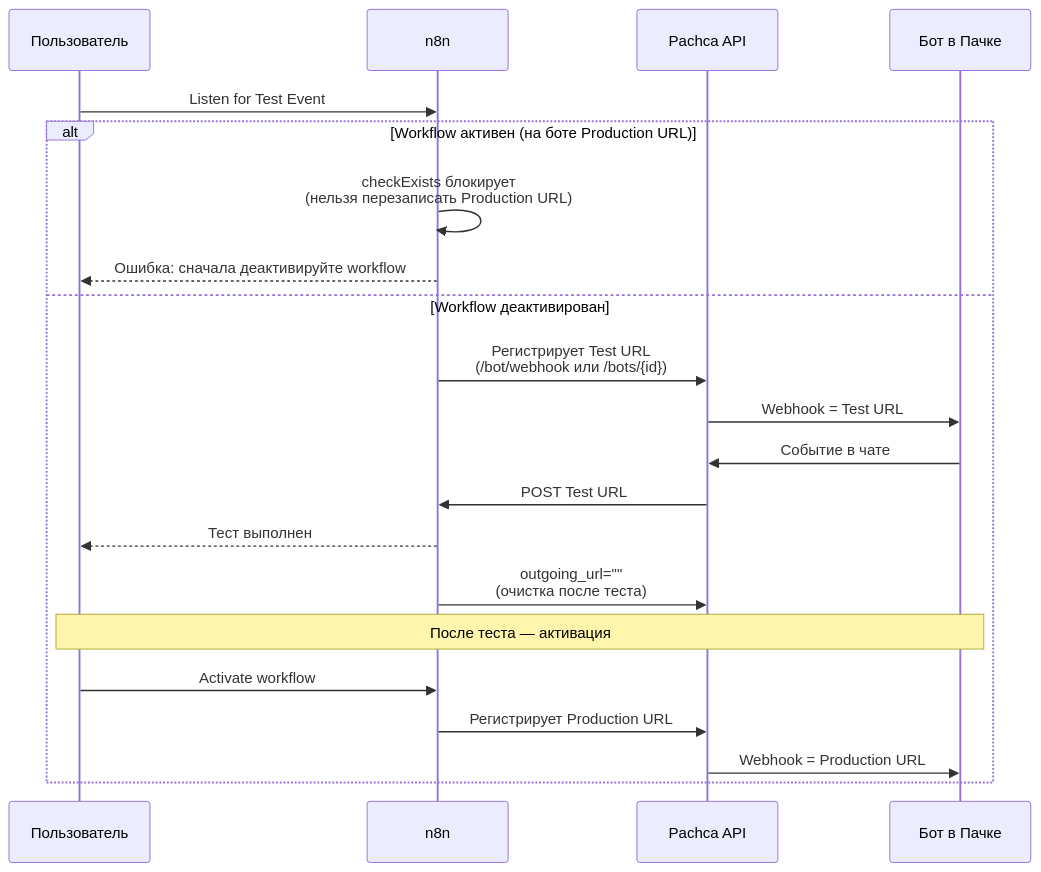
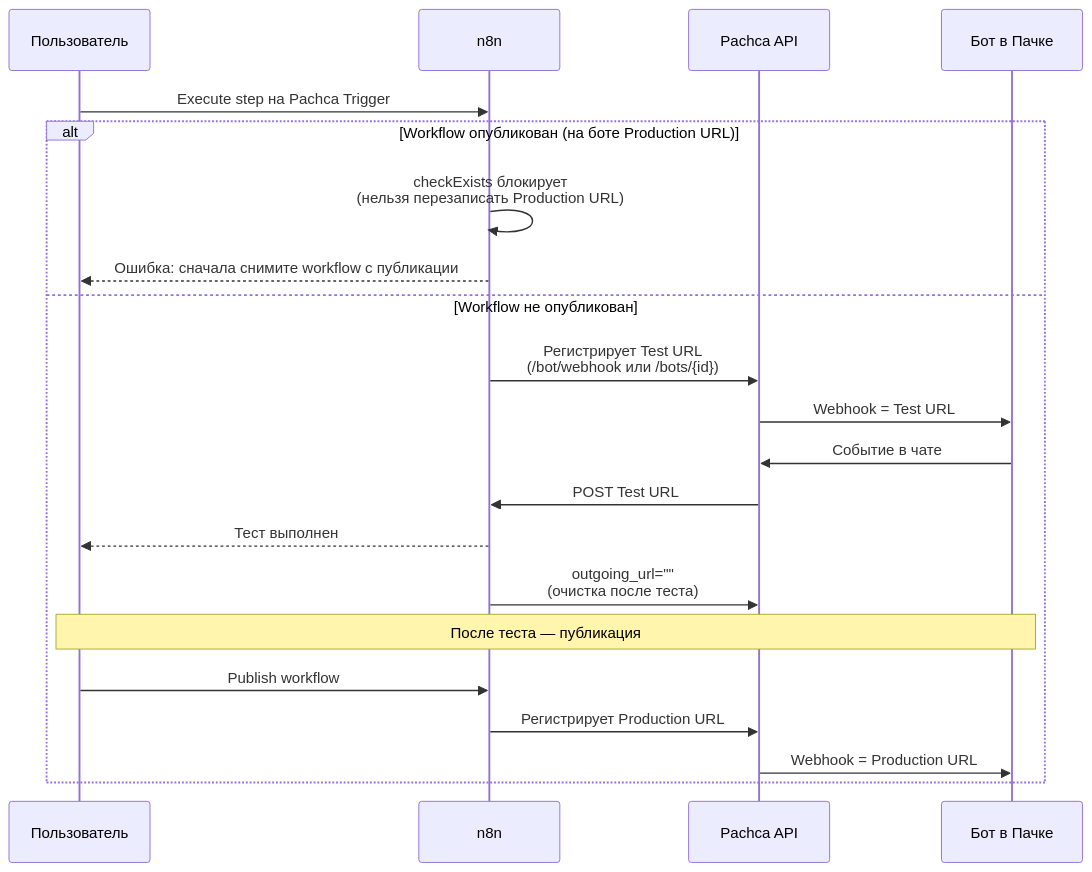
The diagram in apps/docs/public/guides/n8n/testing.md (pachca/openapi), drawn with Mermaid before and after one commit. The commit also changed other lines of this file and 573 other files, not shown here.

````diff
--- a/apps/docs/public/guides/n8n/testing.md
+++ b/apps/docs/public/guides/n8n/testing.md
@@ -167,26 +167,26 @@
 ```mermaid
 sequenceDiagram
     participant User as Пользователь
     participant n8n
     participant Pachca as Pachca API
     participant Bot as Бот в Пачке
 
-    User->>n8n: Listen for Test Event
+    User->>n8n: Execute step на Pachca Trigger
 
-    alt Workflow активен (на боте Production URL)
+    alt Workflow опубликован (на боте Production URL)
         n8n->>n8n: checkExists блокирует<br/>(нельзя перезаписать Production URL)
-        n8n-->>User: Ошибка: сначала деактивируйте workflow
-    else Workflow деактивирован
+        n8n-->>User: Ошибка: сначала снимите workflow с публикации
+    else Workflow не опубликован
         n8n->>Pachca: Регистрирует Test URL<br/>(/bot/webhook или /bots/{id})
         Pachca->>Bot: Webhook = Test URL
         Bot->>Pachca: Событие в чате
         Pachca->>n8n: POST Test URL
         n8n-->>User: Тест выполнен
         n8n->>Pachca: outgoing_url=""<br/>(очистка после теста)
 
-        Note over User,Bot: После теста — активация
-        User->>n8n: Activate workflow
+        Note over User,Bot: После теста — публикация
+        User->>n8n: Publish workflow
         n8n->>Pachca: Регистрирует Production URL
         Pachca->>Bot: Webhook = Production URL
     end
 ```
````
